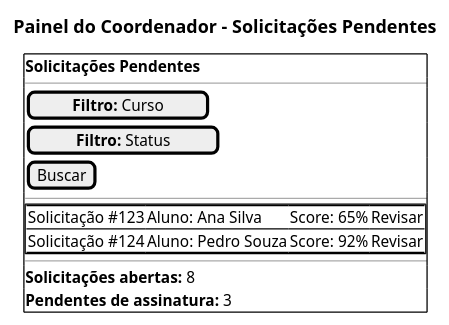
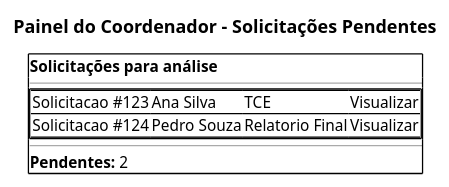
Before and after one commit to mgff01/back-end_vercel: the sixth of 8 diagrams in mkdocs/Iniciacao/prototipo_baixa_fidelidade.md, drawn with PlantUML. The commit also changed other lines of this file, not shown here.

````diff
--- a/mkdocs/Iniciacao/prototipo_baixa_fidelidade.md
+++ b/mkdocs/Iniciacao/prototipo_baixa_fidelidade.md
@@ -122,25 +143,20 @@
 ```plantuml
 @startsalt
 title Painel do Coordenador - Solicitações Pendentes
 
 {
   {+
-  **Solicitações Pendentes**
+  **Solicitações para análise**
   --
-    [**Filtro:** Curso]  
-    [**Filtro:** Status]
-    [Buscar]
-    --
     {+
       {-
-      Solicitação #123 | Aluno: Ana Silva | Score: 65% | Revisar
-      Solicitação #124 | Aluno: Pedro Souza | Score: 92% | Revisar
+      Solicitacao #123 | Ana Silva | TCE | Visualizar
+      Solicitacao #124 | Pedro Souza | Relatorio Final | Visualizar
       }
     }
     --
-    **Solicitações abertas:** 8
-    **Pendentes de assinatura:** 3
+    **Pendentes:** 2
   }
 }
 @endsalt
 ```
````
